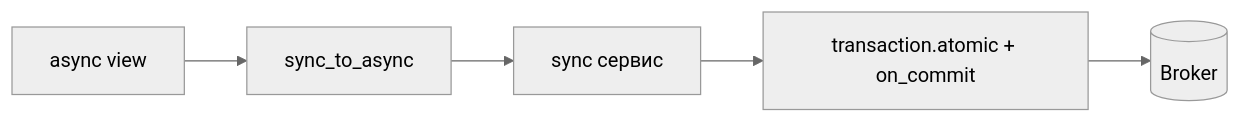
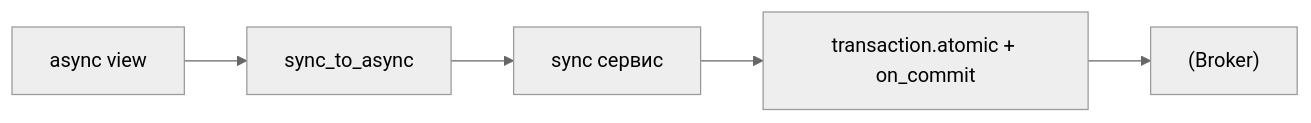
Before and after one commit to DDoSKudya/ai-study-atlas: the third of 3 diagrams in directions/services/celery/pact/18_integraciya_s_django/16_18_18_7_nastroyki_django_vliyayushchie_na_worker.md, drawn with Mermaid (neutral theme). The commit also changed other lines of this file and 322 other files, not shown here.

Commit message:
fix(docs): make mermaid diagrams GitHub-compatible across directions content

````diff
--- a/directions/services/celery/pact/18_integraciya_s_django/16_18_18_7_nastroyki_django_vliyayushchie_na_worker.md
+++ b/directions/services/celery/pact/18_integraciya_s_django/16_18_18_7_nastroyki_django_vliyayushchie_na_worker.md
@@ -152,9 +152,9 @@
 ```mermaid
 flowchart LR
-  AV[async view]
-  SA[sync_to_async]
-  SVC[sync сервис]
-  AT[transaction.atomic + on_commit]
-  BR[(Broker)]
+  AV["async view"]
+  SA["sync_to_async"]
+  SVC["sync сервис"]
+  AT["transaction.atomic + on_commit"]
+  BR["(Broker)"]
   AV --> SA --> SVC --> AT --> BR
 ```
````
